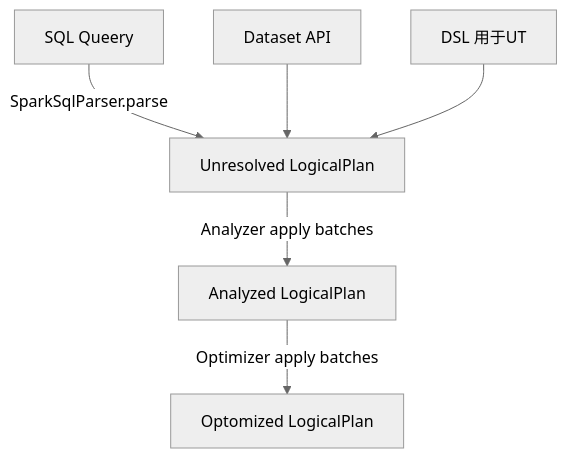
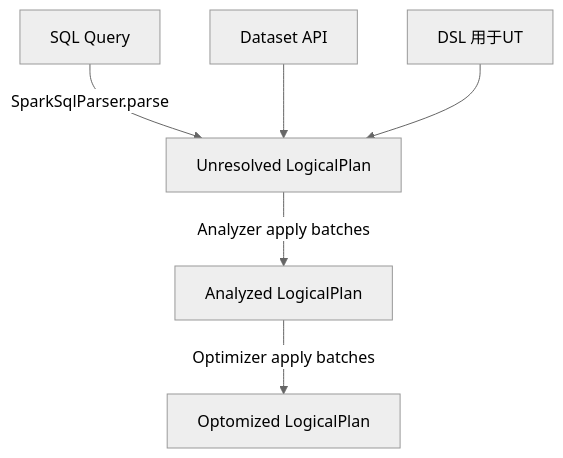
One commit to baibaichen/blogs changed the first of 2 diagrams in Spark/scala/learn scala from spark.md. Above: the diagram before and after it, drawn with Mermaid (neutral theme). The commit also changed other lines of this file and 2 other files, not shown here.

````diff
--- a/Spark/scala/learn scala from spark.md
+++ b/Spark/scala/learn scala from spark.md
@@ -4,8 +5,8 @@
 ```mermaid
 graph TB
-  SQL[SQL Queery] -->|SparkSqlParser.parse|LogicalPlan1[Unresolved LogicalPlan]
+  SQL[SQL Query] -->|SparkSqlParser.parse|LogicalPlan1[Unresolved LogicalPlan]
   DS[Dataset API] -->LogicalPlan1
   DSL[DSL 用于UT] -->LogicalPlan1
   LogicalPlan1-->|Analyzer apply batches|LogicalPlan2[Analyzed LogicalPlan]
   LogicalPlan2-->|Optimizer apply batches|LogicalPlan3[Optomized LogicalPlan]
 ```
````
